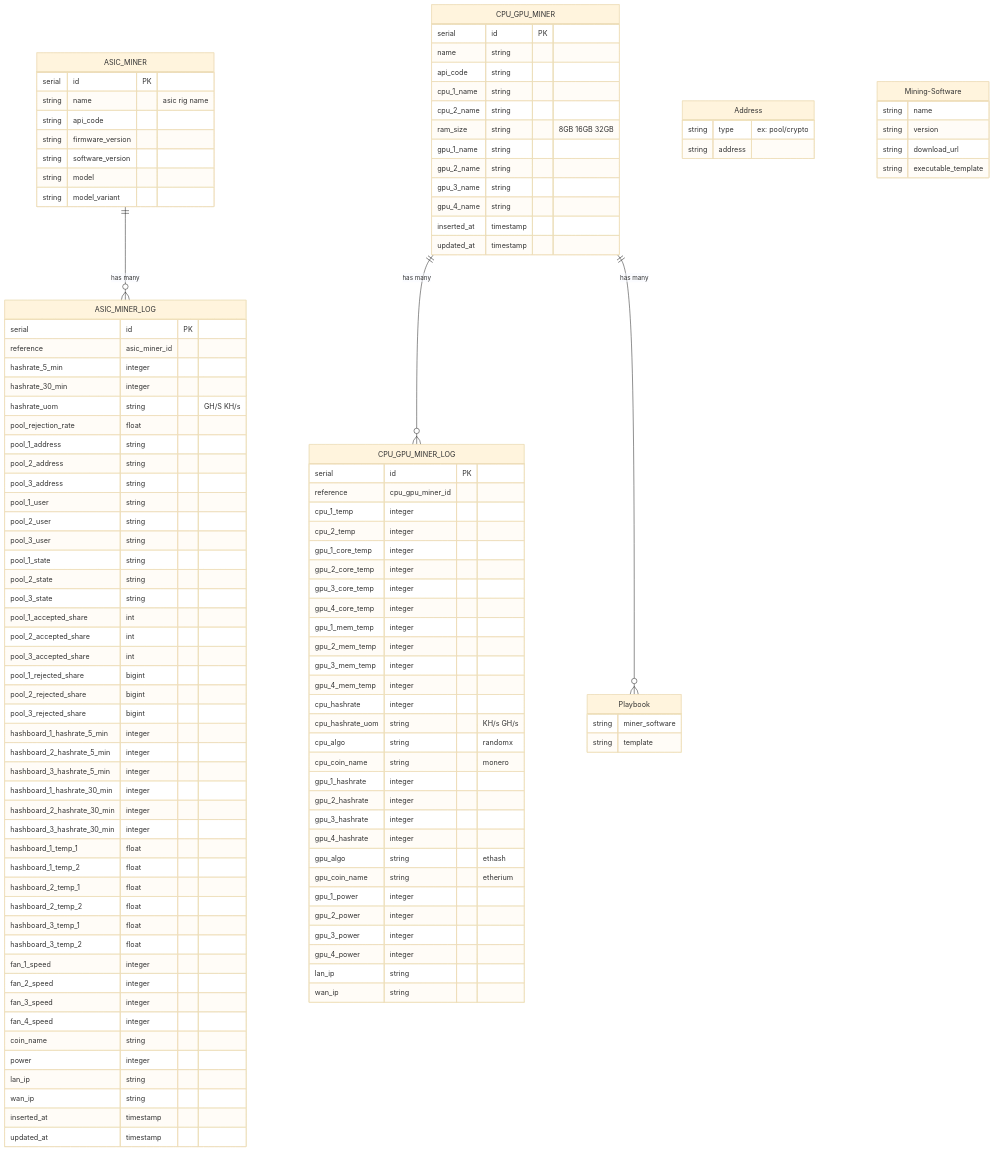
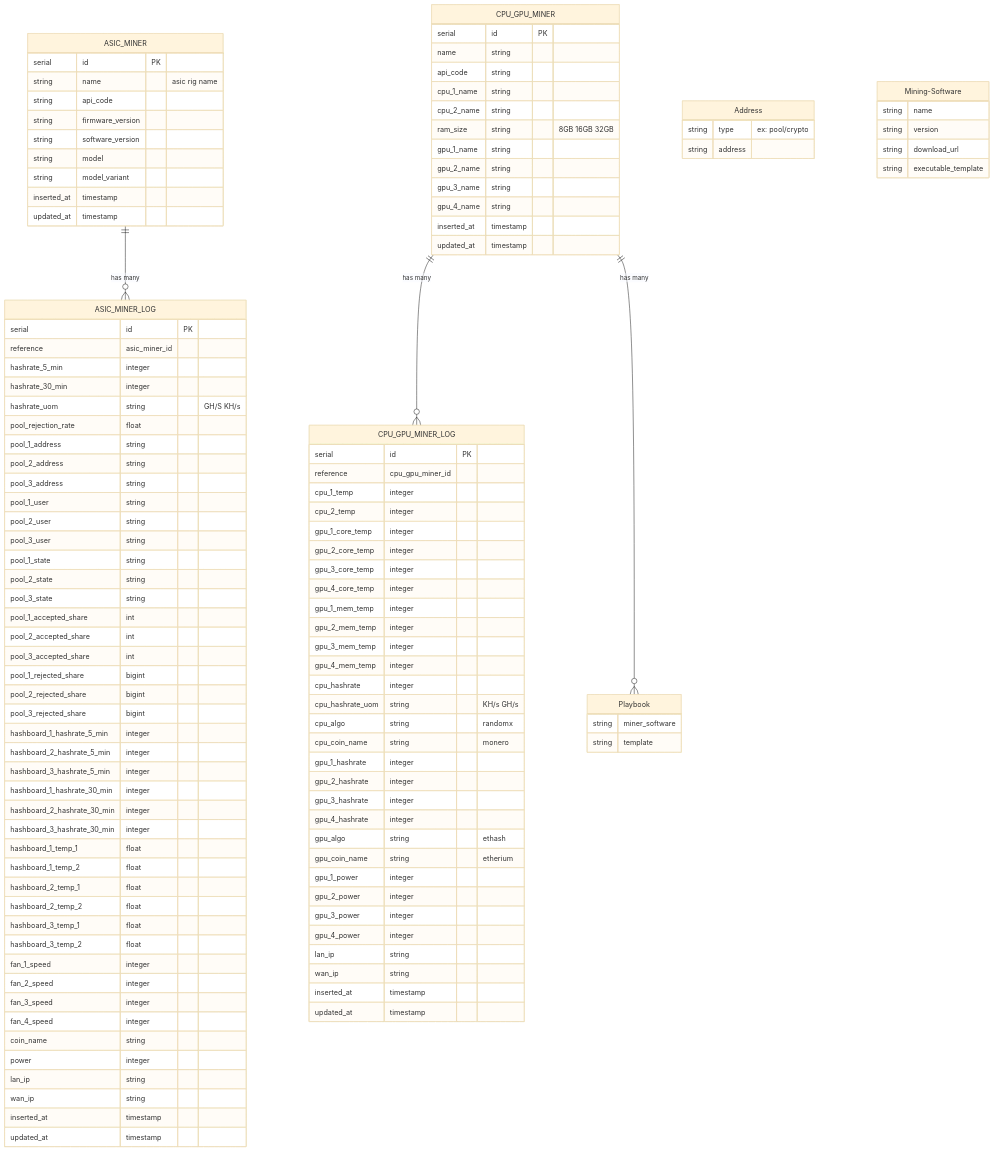
The diagram in docs/04.1.2-db-diagram-fullscreen.md (nguyenvinhlinh/Mining-Rig-Monitor-Document), drawn with Mermaid (base theme) before and after one commit.

````diff
--- a/docs/04.1.2-db-diagram-fullscreen.md
+++ b/docs/04.1.2-db-diagram-fullscreen.md
@@ -39,6 +39,8 @@
         string model
         string model_variant
 
+        inserted_at timestamp
+        updated_at timestamp
     }
 
     ASIC_MINER_LOG {
@@ -154,6 +156,9 @@
 
         lan_ip string
         wan_ip string
+
+        inserted_at timestamp
+        updated_at timestamp
     }
 
 ```
````
